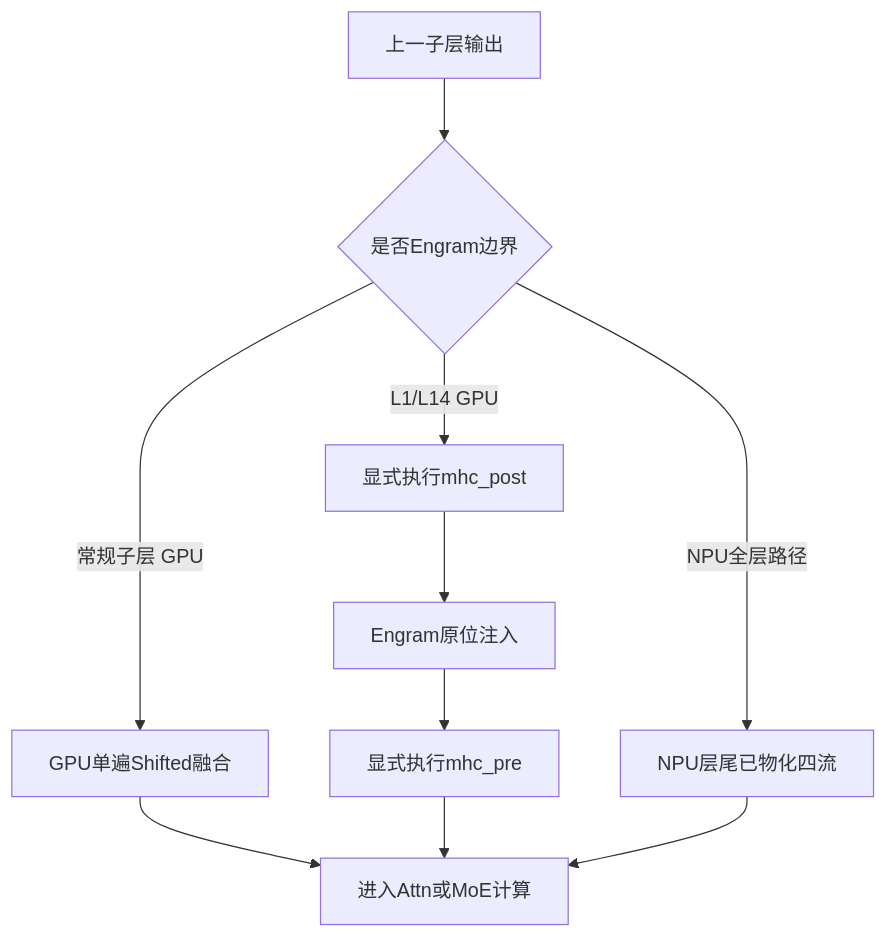
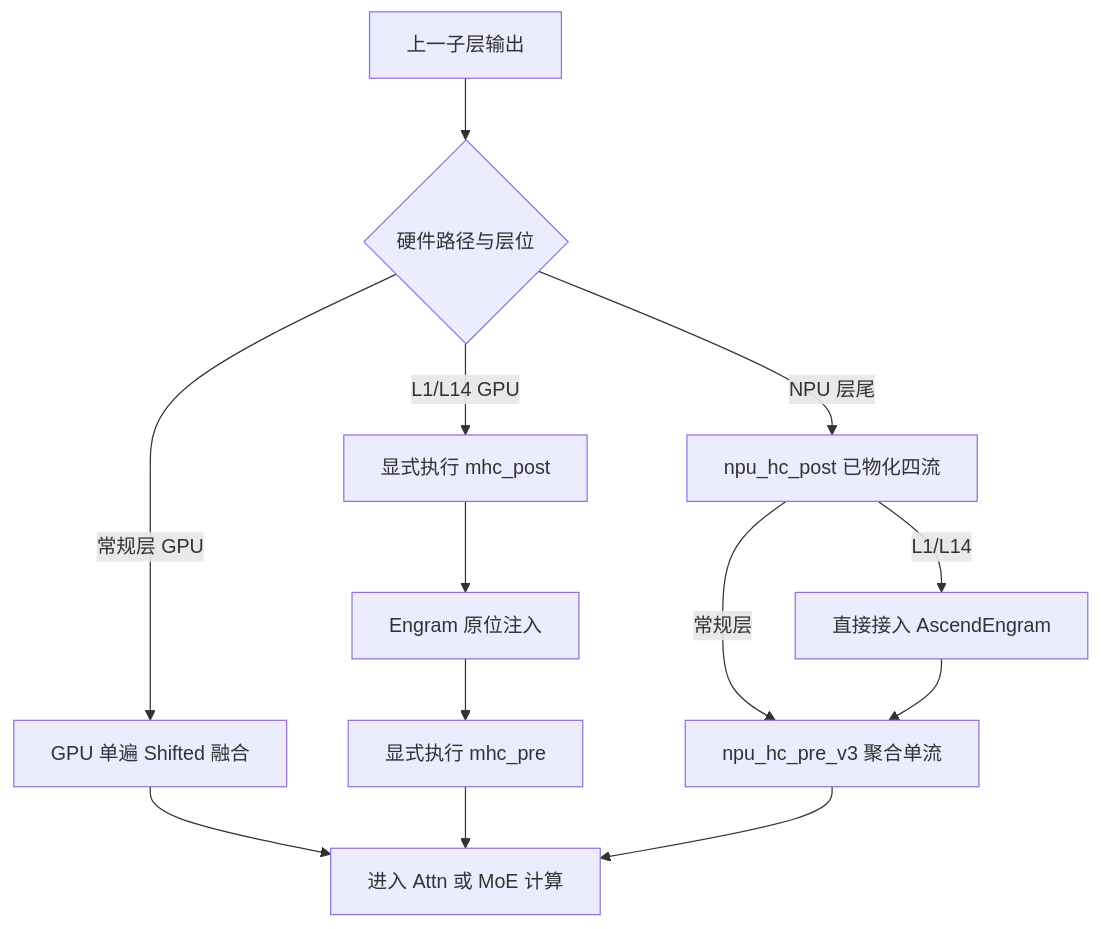
One commit to xingcanlee/infra-note changed the diagram in src/content/posts/deepseek/08-mhc/index.mdx. Above: the diagram before and after it, drawn with Mermaid. The commit also changed other lines of this file and 22 other files, not shown here.

````diff
--- a/src/content/posts/deepseek/08-mhc/index.mdx
+++ b/src/content/posts/deepseek/08-mhc/index.mdx
@@ -140,12 +118,15 @@
 ```mermaid caption="图 5：V4.1 单遍延迟融合与第 1、14 层 Engram 边界控制流"
 flowchart TD
-  PREV["上一子层输出"] --> CHECK{"是否Engram边界"}
-  CHECK -->|"常规子层 GPU"| SHIFT["GPU单遍Shifted融合"]
-  CHECK -->|"L1/L14 GPU"| POST["显式执行mhc_post"]
-  POST --> ENG["Engram原位注入"]
-  ENG --> PRE["显式执行mhc_pre"]
-  CHECK -->|"NPU全层路径"| NPU["NPU层尾已物化四流"]
-  SHIFT --> NEXT["进入Attn或MoE计算"]
+  PREV["上一子层输出"] --> CHECK{"硬件路径与层位"}
+  CHECK -->|"常规层 GPU"| SHIFT["GPU 单遍 Shifted 融合"]
+  CHECK -->|"L1/L14 GPU"| POST["显式执行 mhc_post"]
+  POST --> ENG["Engram 原位注入"]
+  ENG --> PRE["显式执行 mhc_pre"]
+  CHECK -->|"NPU 层尾"| NPU["npu_hc_post 已物化四流"]
+  NPU -->|"常规层"| NPUPRE["npu_hc_pre_v3 聚合单流"]
+  NPU -->|"L1/L14"| NPUENG["直接接入 AscendEngram"]
+  NPUENG --> NPUPRE
+  SHIFT --> NEXT["进入 Attn 或 MoE 计算"]
   PRE --> NEXT
-  NPU --> NEXT
+  NPUPRE --> NEXT
 ```
````
